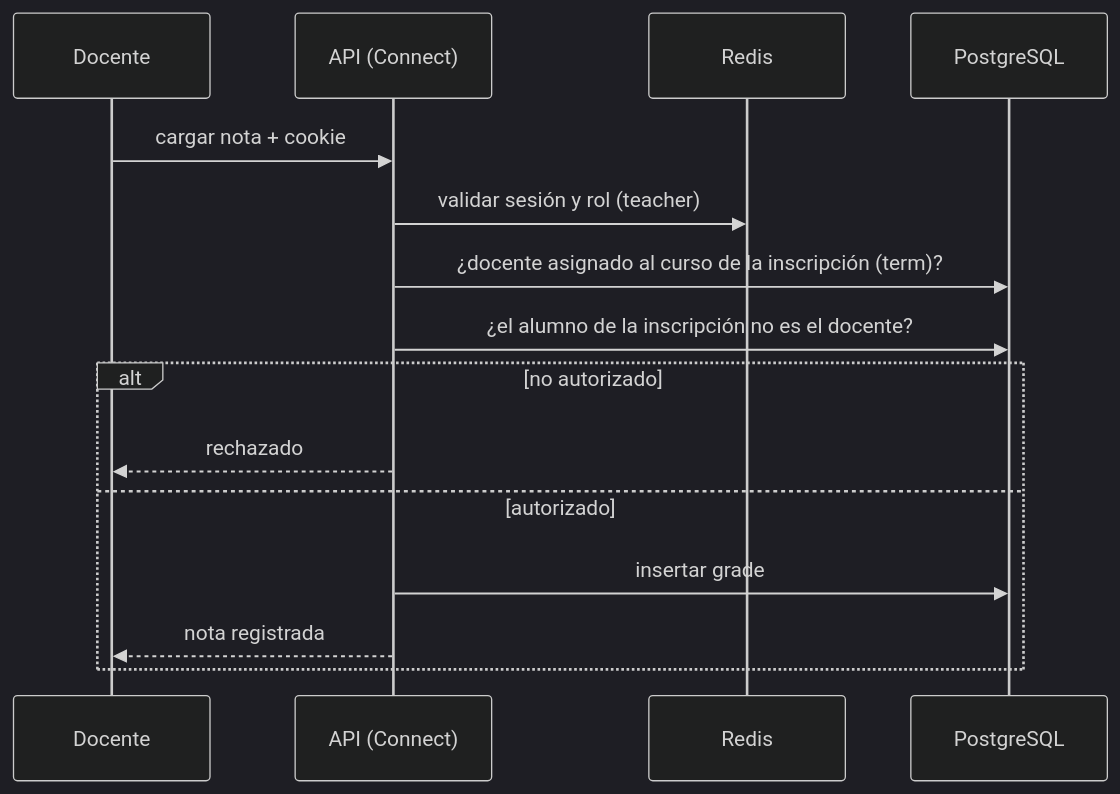
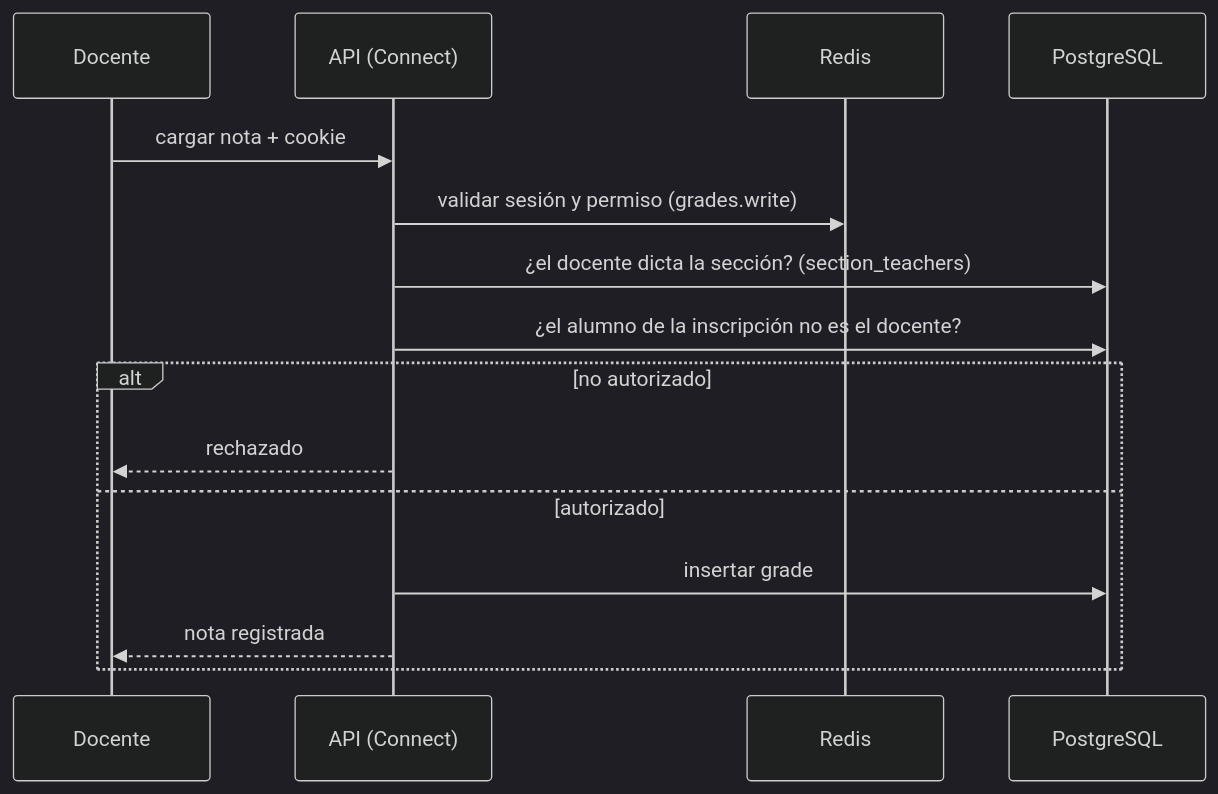
One commit to AlessandroRLM/infraestructura-y-servicios-cloud changed the eighth of 10 diagrams in docs/arquitectura/README.md. Above: the diagram before and after it, drawn with Mermaid (dark theme). The commit also changed other lines of this file, not shown here.

````diff
--- a/docs/arquitectura/README.md
+++ b/docs/arquitectura/README.md
@@ -466,18 +508,18 @@
 ```mermaid
 sequenceDiagram
     participant T as Docente
     participant A as API (Connect)
     participant R as Redis
     participant P as PostgreSQL
 
     T->>A: cargar nota + cookie
-    A->>R: validar sesión y rol (teacher)
-    A->>P: ¿docente asignado al curso de la inscripción (term)?
+    A->>R: validar sesión y permiso (grades.write)
+    A->>P: ¿el docente dicta la sección? (section_teachers)
     A->>P: ¿el alumno de la inscripción no es el docente?
     alt no autorizado
         A-->>T: rechazado
     else autorizado
         A->>P: insertar grade
         A-->>T: nota registrada
     end
 ```
````
